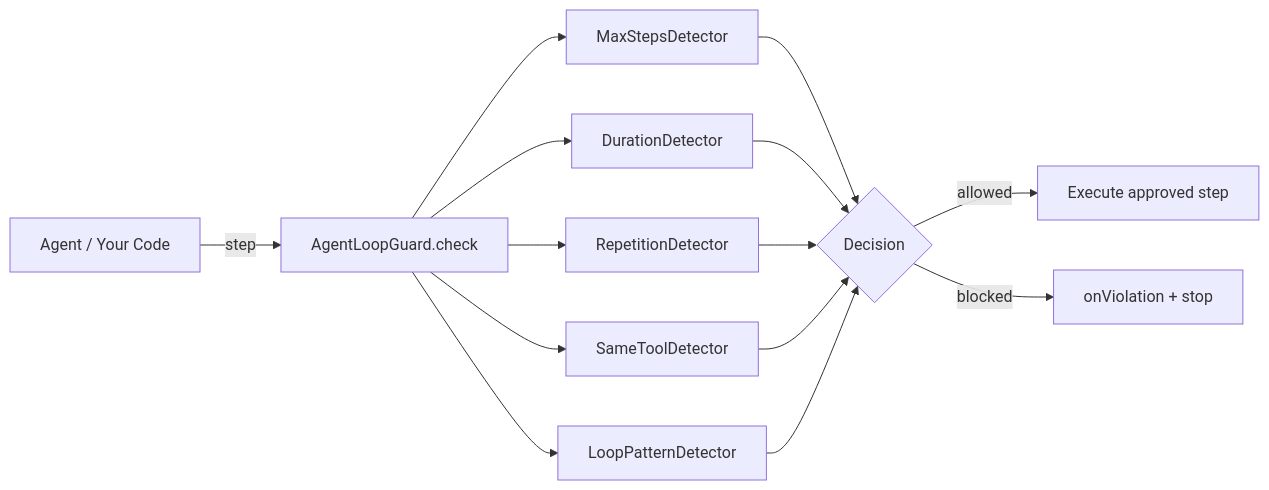
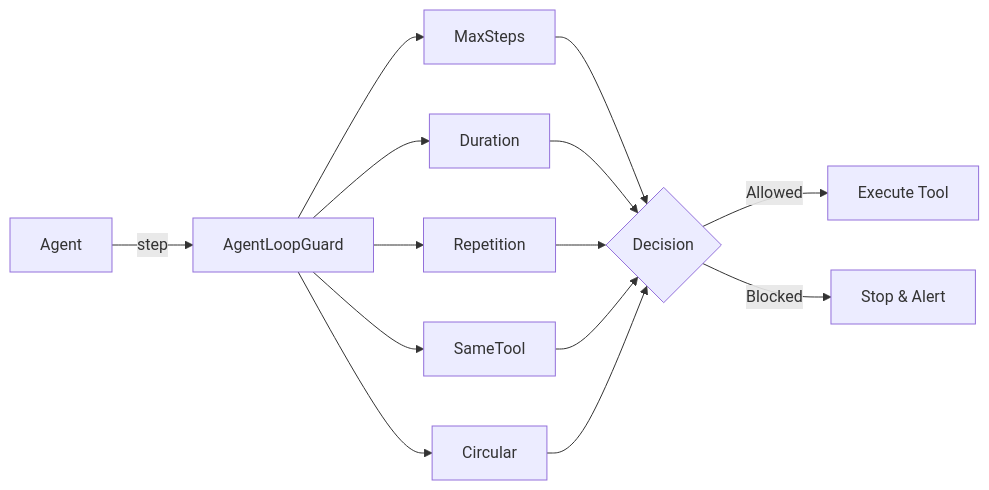
One commit to OMD-123/agent-loop-guard changed the diagram in README.md. Above: the diagram before and after it, drawn with Mermaid. The commit also changed other lines of this file and 1 other file, not shown here.

````diff
--- a/README.md
+++ b/README.md
@@ -332,16 +111,12 @@
 ```mermaid
 flowchart LR
-  A[Agent / Your Code] -->|step| G[AgentLoopGuard.check]
-  G --> D1[MaxStepsDetector]
-  G --> D2[DurationDetector]
-  G --> D3[RepetitionDetector]
-  G --> D4[SameToolDetector]
-  G --> D5[LoopPatternDetector]
-  D1 --> R{Decision}
-  D2 --> R
-  D3 --> R
-  D4 --> R
-  D5 --> R
-  R -->|allowed| O[Execute approved step]
-  R -->|blocked| V[onViolation + stop]
+  A[Agent] -->|step| G[AgentLoopGuard]
+  G --> D1[MaxSteps]
+  G --> D2[Duration]
+  G --> D3[Repetition]
+  G --> D4[SameTool]
+  G --> D5[Circular]
+  D1 & D2 & D3 & D4 & D5 --> R{Decision}
+  R -->|Allowed| O[Execute Tool]
+  R -->|Blocked| V[Stop & Alert]
 ```
````
